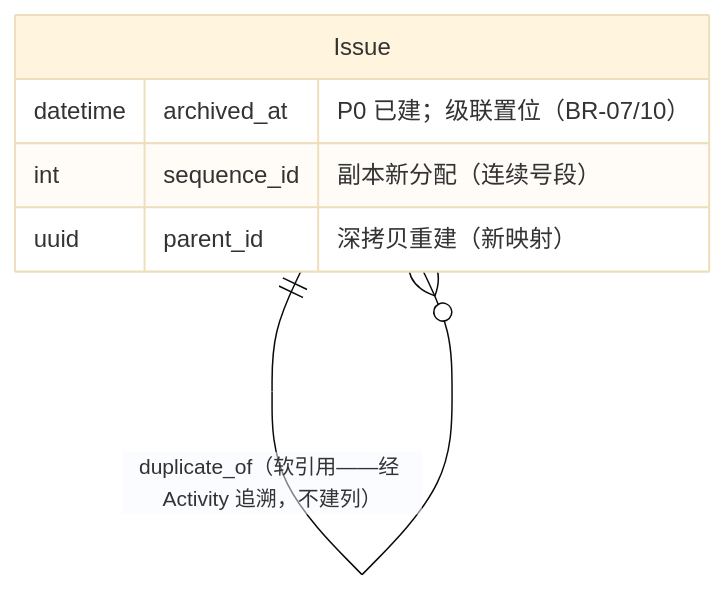
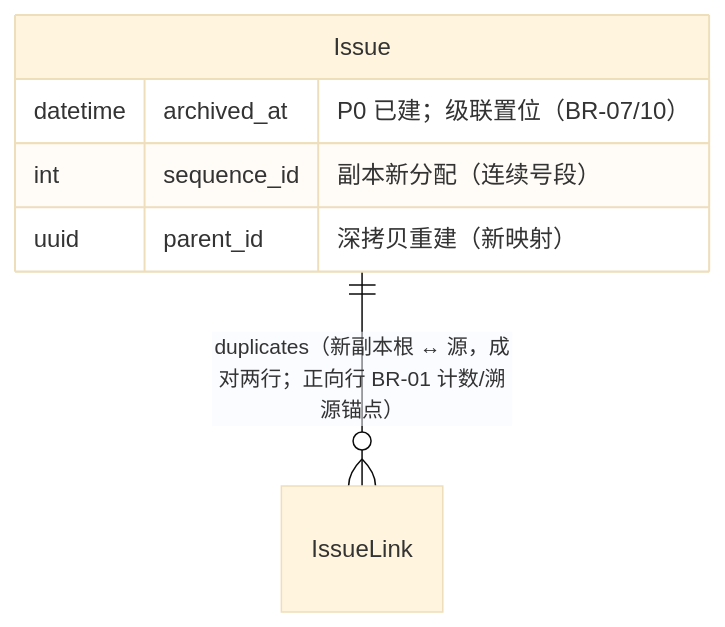
One commit to RabbitAI-Lab/RabbitProjects changed the fourth of 4 diagrams in docs/sprint-2-task-full/TASK-009-task-copy-archive.md. Above: the diagram before and after it, drawn with Mermaid (base theme). The commit also changed other lines of this file and 6 other files, not shown here.

````diff
--- a/docs/sprint-2-task-full/TASK-009-task-copy-archive.md
+++ b/docs/sprint-2-task-full/TASK-009-task-copy-archive.md
@@ -260,9 +273,9 @@
 ```mermaid
 erDiagram
-    Issue ||--o{ Issue : "duplicate_of（软引用——经 Activity 追溯，不建列）"
+    Issue ||--o{ IssueLink : "duplicates（新副本根 ↔ 源，成对两行；正向行 BR-01 计数/溯源锚点）"
     Issue {
         datetime archived_at "P0 已建；级联置位（BR-07/10）"
         int sequence_id "副本新分配（连续号段）"
         uuid parent_id "深拷贝重建（新映射）"
     }
 ```
````
